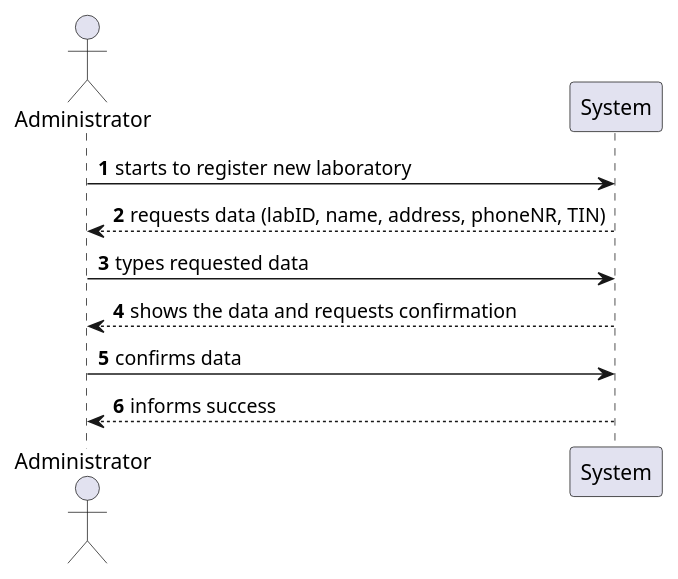
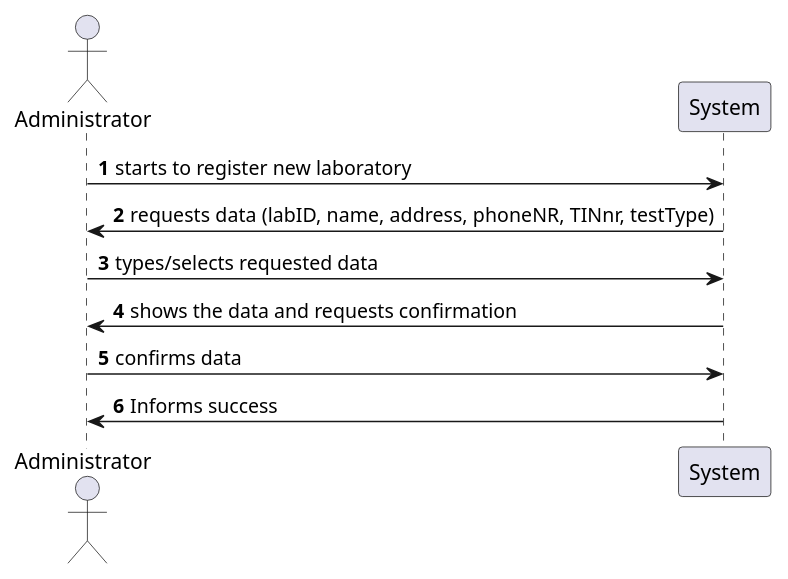
Before and after one commit to jsmarques98/LAPR2-ISEP: the diagram in docs/SprintC/US8/US8_SSD.puml, drawn with PlantUML. The commit also changed 7 other files, not shown here.

```diff
--- a/docs/SprintC/US8/US8_SSD.puml
+++ b/docs/SprintC/US8/US8_SSD.puml
@@ -1,16 +1,14 @@
 @startuml
-'https://plantuml.com/sequence-diagram
-
 autonumber
 
 actor  "Administrator" as Admin
 
 Admin -> System: starts to register new laboratory
-System --> Admin: requests data (labID, name, address, phoneNR, TIN)
+System -> Admin: requests data (labID, name, address, phoneNR, TINnr, testType)
 
-Admin -> System: types requested data
-System --> Admin: shows the data and requests confirmation
+Admin -> System: types/selects requested data
+System  -> Admin: shows the data and requests confirmation
 
 Admin -> System: confirms data
-System --> Admin: informs success
+System -> Admin: Informs success
 @enduml
```
